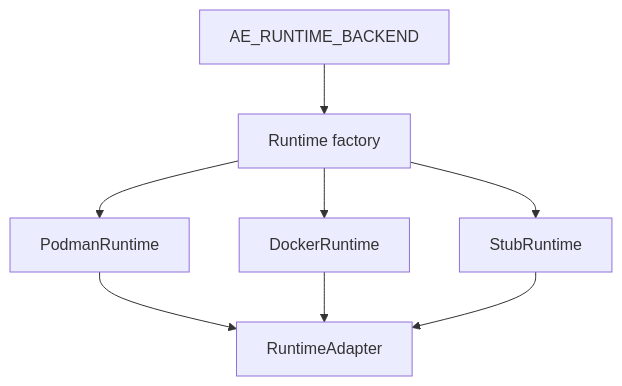
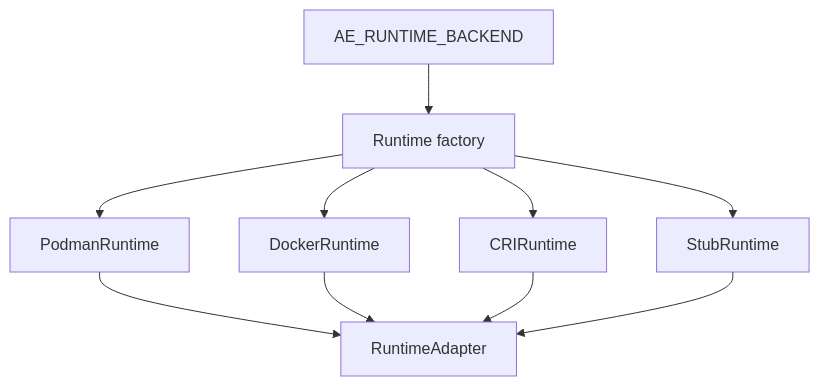
The third of 4 diagrams in docs/concepts-in-practice/04-runtime-adapters.md (the-cm-collective/k1s), drawn with Mermaid before and after one commit. The commit also changed other lines of this file and 19 other files, not shown here.

````diff
--- a/docs/concepts-in-practice/04-runtime-adapters.md
+++ b/docs/concepts-in-practice/04-runtime-adapters.md
@@ -34,10 +34,12 @@
 ```mermaid
 flowchart TB
   Env[AE_RUNTIME_BACKEND] --> Select[Runtime factory]
   Select --> Podman[PodmanRuntime]
   Select --> Docker[DockerRuntime]
+  Select --> CRI[CRIRuntime]
   Select --> Stub[StubRuntime]
   Podman --> Adapter[RuntimeAdapter]
   Docker --> Adapter
+  CRI --> Adapter
   Stub --> Adapter
 ```
````
